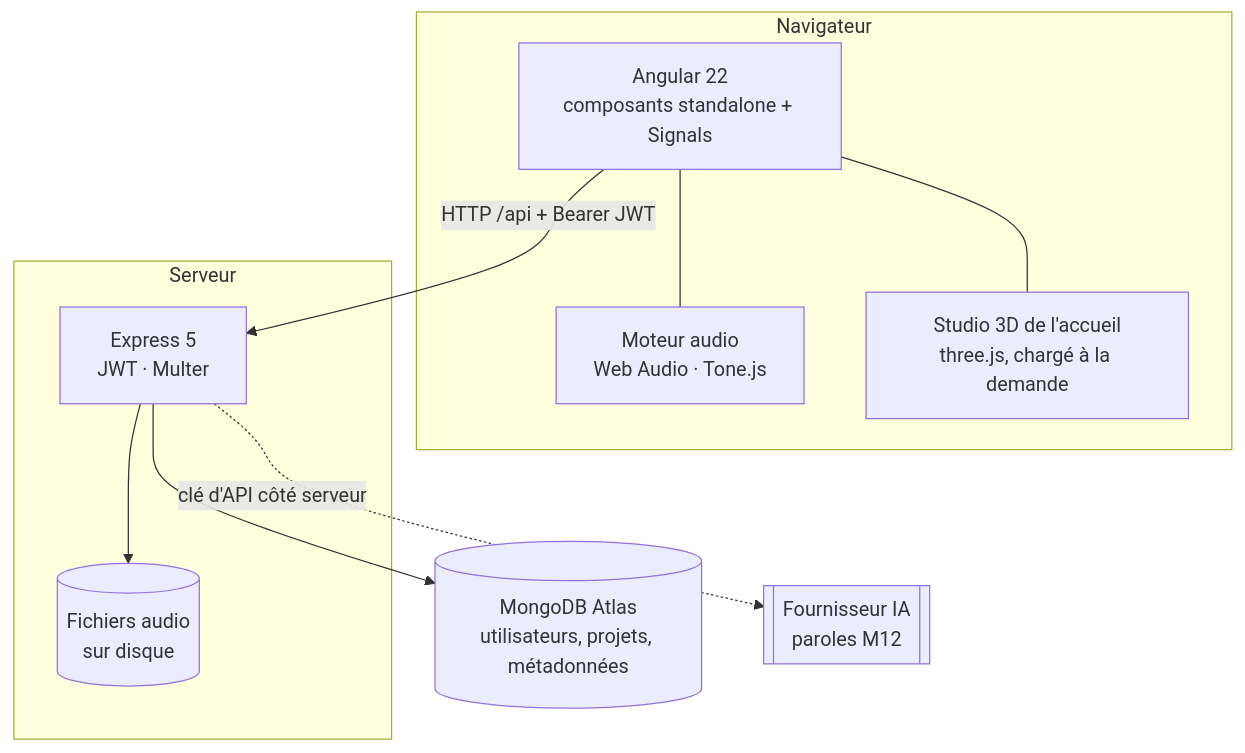
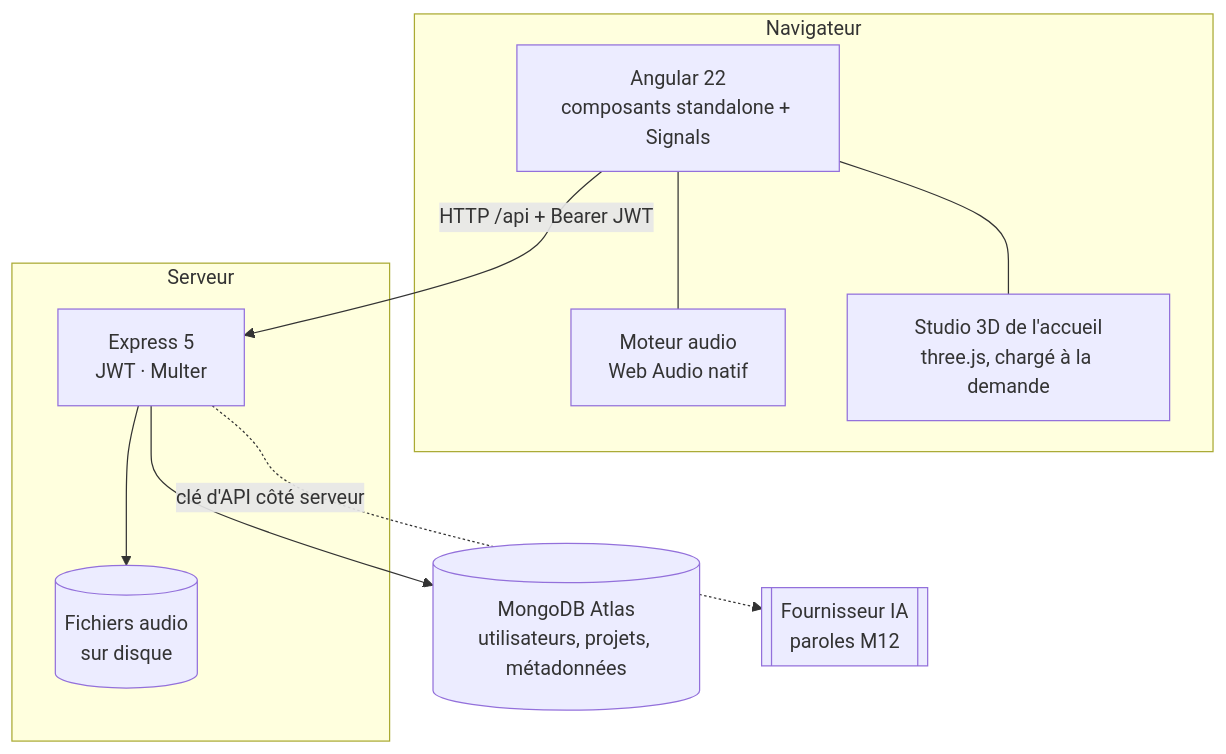
The third of 4 diagrams in README.md (Zakary-213/AngularM1_Projet), drawn with Mermaid before and after one commit. The commit also changed other lines of this file and 43 other files, not shown here.

````diff
--- a/README.md
+++ b/README.md
@@ -127,21 +129,21 @@
 ```mermaid
 flowchart TB
     subgraph Navigateur
         UI[Angular 22<br/>composants standalone + Signals]
-        AUDIO[Moteur audio<br/>Web Audio · Tone.js]
+        AUDIO[Moteur audio<br/>Web Audio natif]
         GL[Studio 3D de l'accueil<br/>three.js, chargé à la demande]
     end
     subgraph Serveur
         API[Express 5<br/>JWT · Multer]
         DISK[(Fichiers audio<br/>sur disque)]
     end
     DB[(MongoDB Atlas<br/>utilisateurs, projets, métadonnées)]
     LLM[[Fournisseur IA<br/>paroles M12]]
 
     UI -- HTTP /api + Bearer JWT --> API
     UI --- AUDIO
     UI --- GL
     API --> DB
     API --> DISK
     API -. clé d'API côté serveur .-> LLM
 ```
````
